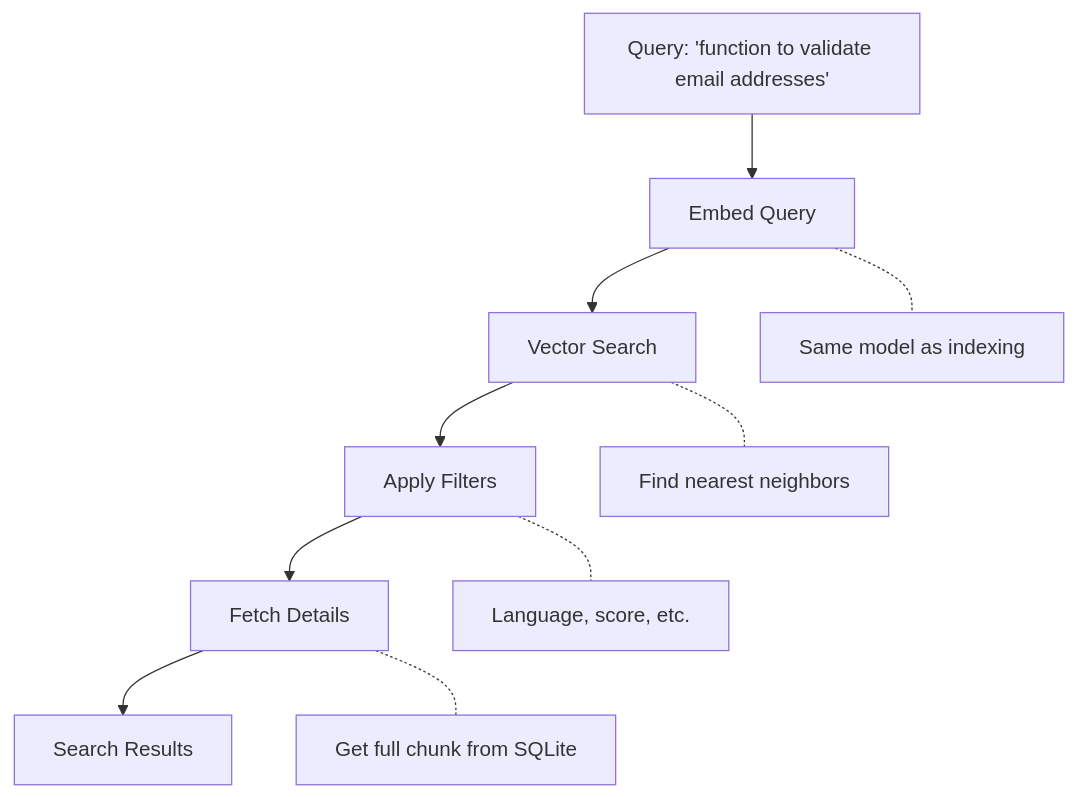
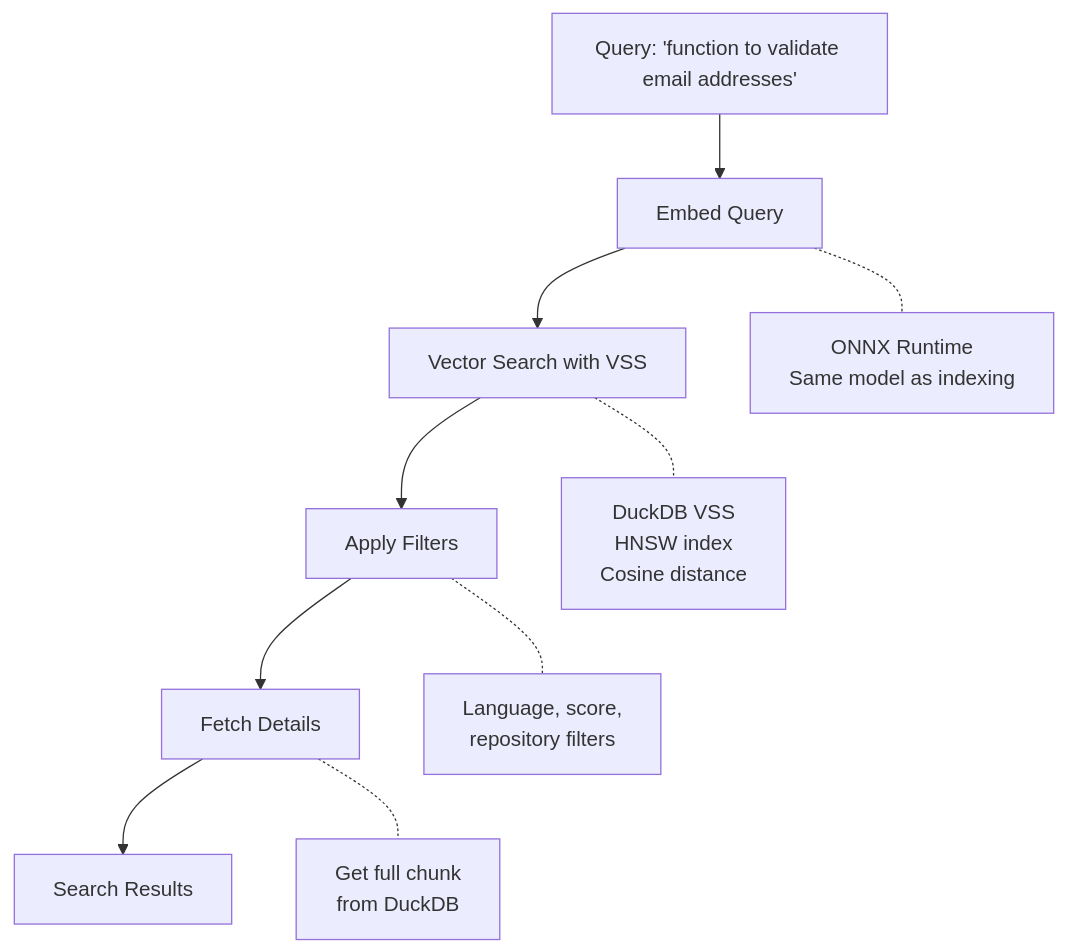
The diagram in docs/features/search.md (ArtemisMucaj/codesearch), drawn with Mermaid before and after one commit. The commit also changed other lines of this file and 20 other files, not shown here.

````diff
--- a/docs/features/search.md
+++ b/docs/features/search.md
@@ -9,13 +9,13 @@
 ```mermaid
 flowchart TB
     A["Query: 'function to validate email addresses'"] --> B[Embed Query]
-    B --> C[Vector Search]
+    B --> C[Vector Search with VSS]
     C --> D[Apply Filters]
     D --> E[Fetch Details]
     E --> F[Search Results]
 
-    B -.- B1[Same model as indexing]
-    C -.- C1[Find nearest neighbors]
-    D -.- D1[Language, score, etc.]
-    E -.- E1[Get full chunk from SQLite]
+    B -.- B1[ONNX Runtime<br/>Same model as indexing]
+    C -.- C1[DuckDB VSS<br/>HNSW index<br/>Cosine distance]
+    D -.- D1[Language, score,<br/>repository filters]
+    E -.- E1[Get full chunk<br/>from DuckDB]
 ```
````
